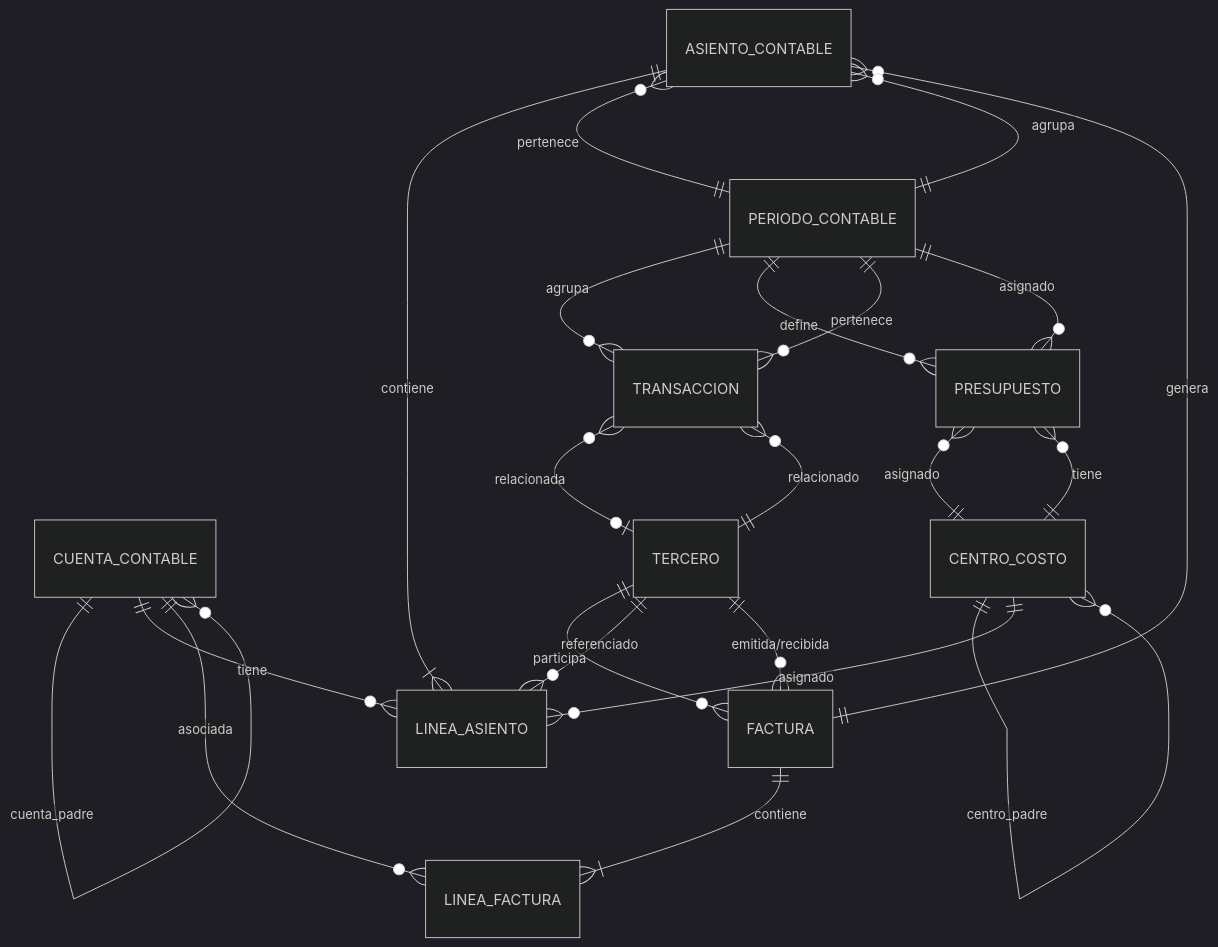
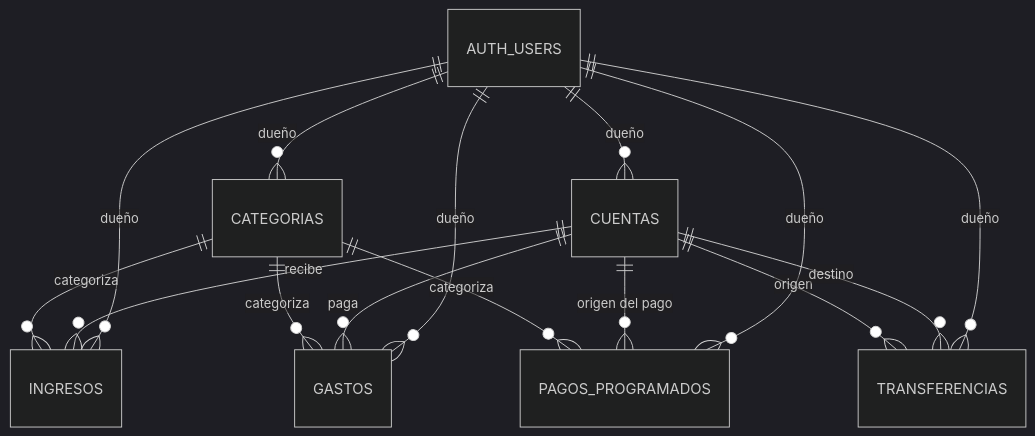
Before and after one commit to gustavoecheverria/OpenFinanceKit: the diagram in docs/DATA_DICTIONARY.md, drawn with Mermaid (dark theme). The commit also changed other lines of this file and 20 other files, not shown here.

````diff
--- a/docs/DATA_DICTIONARY.md
+++ b/docs/DATA_DICTIONARY.md
@@ -208,31 +43,19 @@
 ```mermaid
 erDiagram
-    CUENTA_CONTABLE ||--o{ CUENTA_CONTABLE : "cuenta_padre"
-    CUENTA_CONTABLE ||--o{ LINEA_ASIENTO : "tiene"
-    CUENTA_CONTABLE ||--o{ LINEA_FACTURA : "asociada"
+    CATEGORIAS ||--o{ INGRESOS : "categoriza"
+    CATEGORIAS ||--o{ GASTOS : "categoriza"
+    CATEGORIAS ||--o{ PAGOS_PROGRAMADOS : "categoriza"
 
-    ASIENTO_CONTABLE ||--|{ LINEA_ASIENTO : "contiene"
-    ASIENTO_CONTABLE }o--|| PERIODO_CONTABLE : "pertenece"
+    CUENTAS ||--o{ INGRESOS : "recibe"
+    CUENTAS ||--o{ GASTOS : "paga"
+    CUENTAS ||--o{ PAGOS_PROGRAMADOS : "origen del pago"
+    CUENTAS ||--o{ TRANSFERENCIAS : "origen"
+    CUENTAS ||--o{ TRANSFERENCIAS : "destino"
 
-    FACTURA ||--|{ LINEA_FACTURA : "contiene"
-    FACTURA }o--|| TERCERO : "emitida/recibida"
-    FACTURA ||--o{ ASIENTO_CONTABLE : "genera"
-
-    PRESUPUESTO }o--|| PERIODO_CONTABLE : "asignado"
-    PRESUPUESTO }o--|| CENTRO_COSTO : "asignado"
-
-    TRANSACCION }o--|| PERIODO_CONTABLE : "pertenece"
-    TRANSACCION }o--o| TERCERO : "relacionada"
-
-    CENTRO_COSTO ||--o{ CENTRO_COSTO : "centro_padre"
-    CENTRO_COSTO ||--o{ LINEA_ASIENTO : "asignado"
-    CENTRO_COSTO ||--o{ PRESUPUESTO : "tiene"
-
-    TERCERO ||--o{ FACTURA : "participa"
-    TERCERO ||--o{ LINEA_ASIENTO : "referenciado"
-    TERCERO ||--o{ TRANSACCION : "relacionado"
-
-    PERIODO_CONTABLE ||--o{ ASIENTO_CONTABLE : "agrupa"
-    PERIODO_CONTABLE ||--o{ TRANSACCION : "agrupa"
-    PERIODO_CONTABLE ||--o{ PRESUPUESTO : "define"
+    AUTH_USERS ||--o{ CATEGORIAS : "dueño"
+    AUTH_USERS ||--o{ CUENTAS : "dueño"
+    AUTH_USERS ||--o{ INGRESOS : "dueño"
+    AUTH_USERS ||--o{ GASTOS : "dueño"
+    AUTH_USERS ||--o{ PAGOS_PROGRAMADOS : "dueño"
+    AUTH_USERS ||--o{ TRANSFERENCIAS : "dueño"
 ```
````
